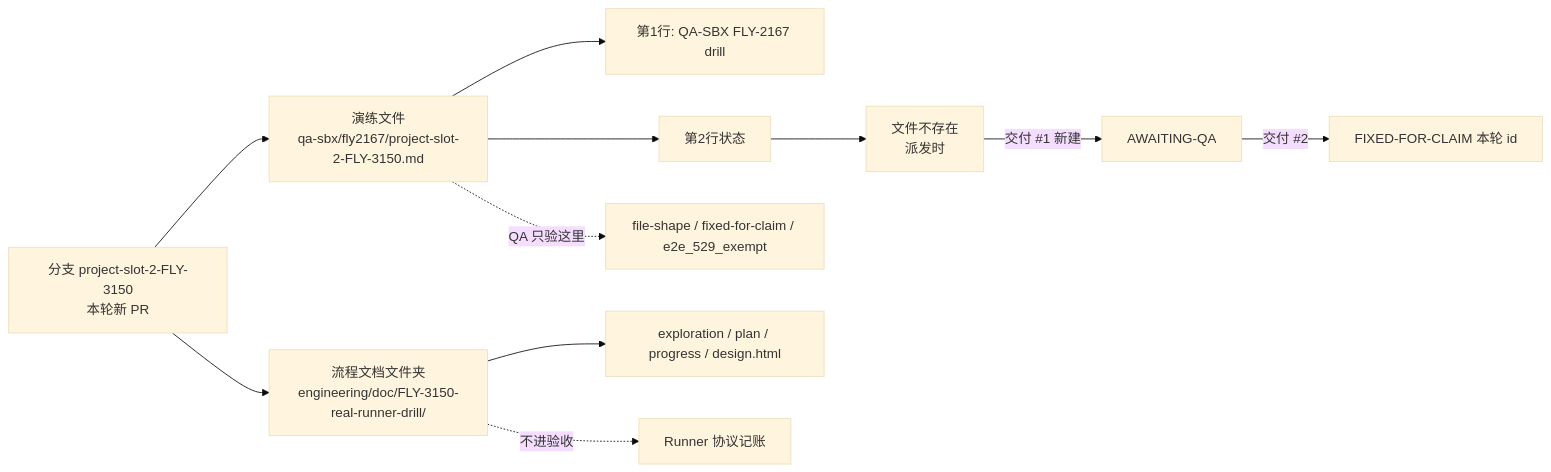
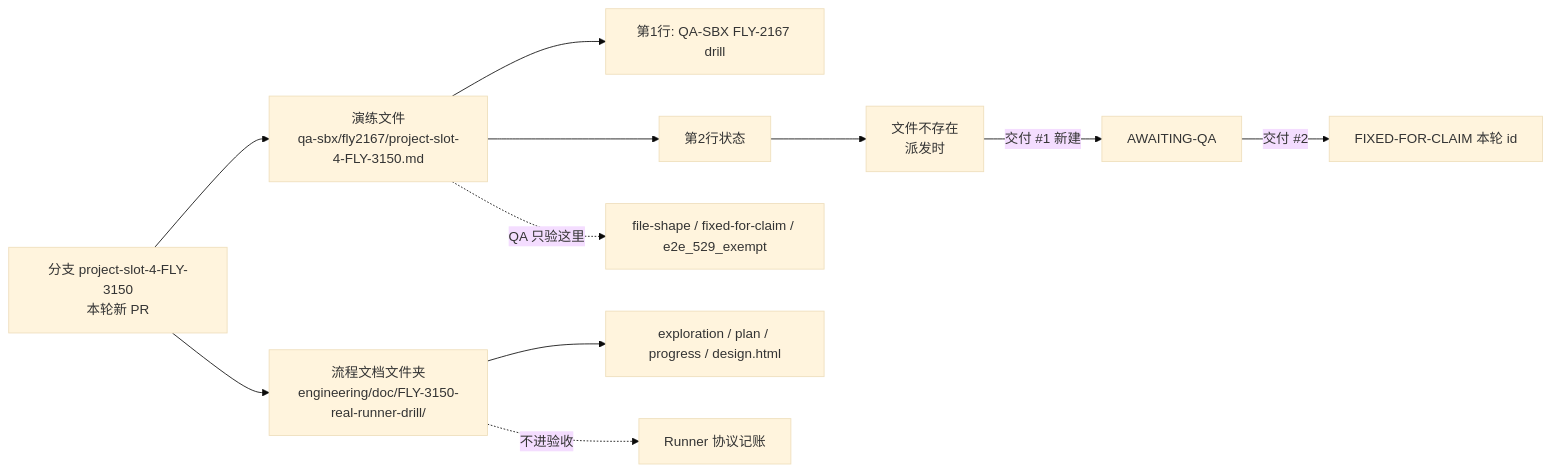
The diagram in engineering/doc/FLY-3150-real-runner-drill/d2-data-model.mmd (xrliAnnie/flywheel-qa-sandbox), drawn with Mermaid (base theme) before and after one commit. The commit also changed 5 other files, not shown here.

Commit message:
docs(qa-sbx): FLY-3150 slot-4 founder design HTML (run 2eae0ffd)

```diff
--- a/engineering/doc/FLY-3150-real-runner-drill/d2-data-model.mmd
+++ b/engineering/doc/FLY-3150-real-runner-drill/d2-data-model.mmd
@@ -1,11 +1,11 @@
 flowchart LR
-    B["分支 project-slot-2-FLY-3150<br/>本轮新 PR"] --> T["演练文件<br/>qa-sbx/fly2167/project-slot-2-FLY-3150.md"]
+    B["分支 project-slot-4-FLY-3150<br/>本轮新 PR"] --> T["演练文件<br/>qa-sbx/fly2167/project-slot-4-FLY-3150.md"]
     B --> P["流程文档文件夹<br/>engineering/doc/FLY-3150-real-runner-drill/"]
     T --> L1["第1行: QA-SBX FLY-2167 drill"]
     T --> L2["第2行状态"]
     L2 --> S0["文件不存在<br/>派发时"]
     S0 -->|"交付 #1 新建"| S1["AWAITING-QA"]
     S1 -->|"交付 #2"| S2["FIXED-FOR-CLAIM 本轮 id"]
     P --> X["exploration / plan / progress / design.html"]
     T -. "QA 只验这里" .-> C["file-shape / fixed-for-claim / e2e_529_exempt"]
     P -. "不进验收" .-> N["Runner 协议记账"]
```
